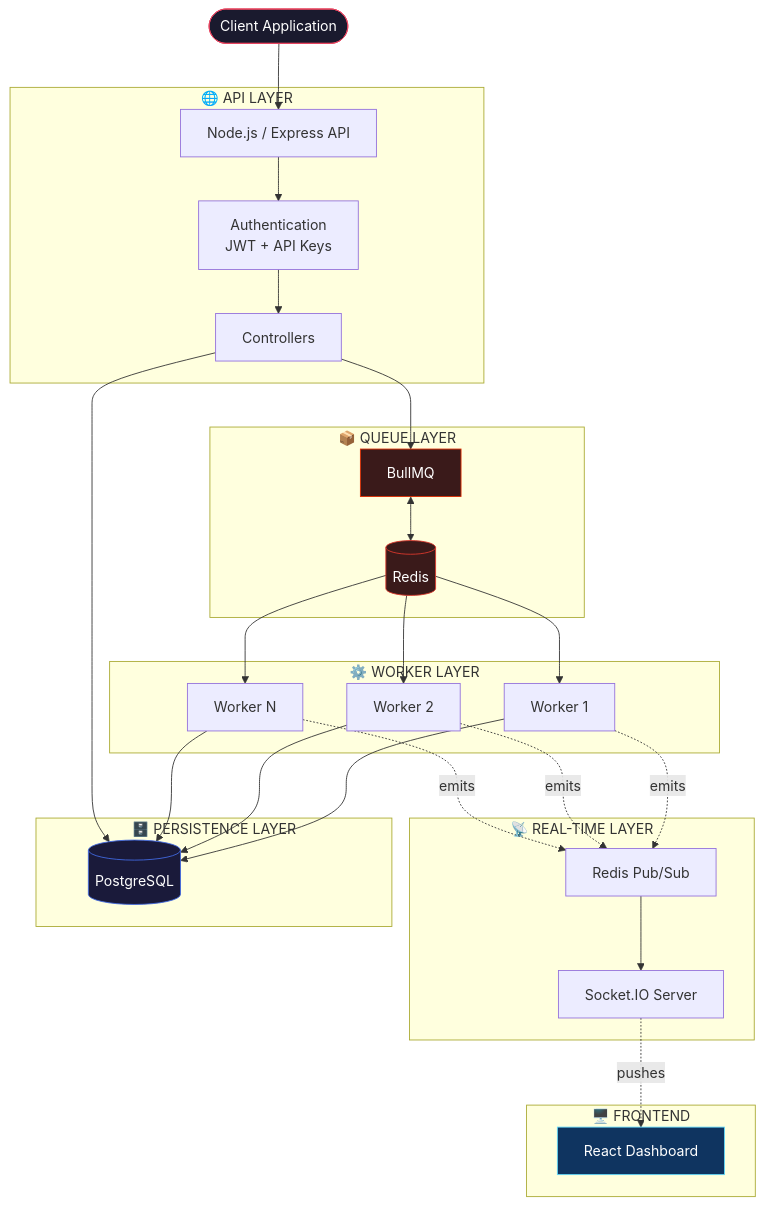
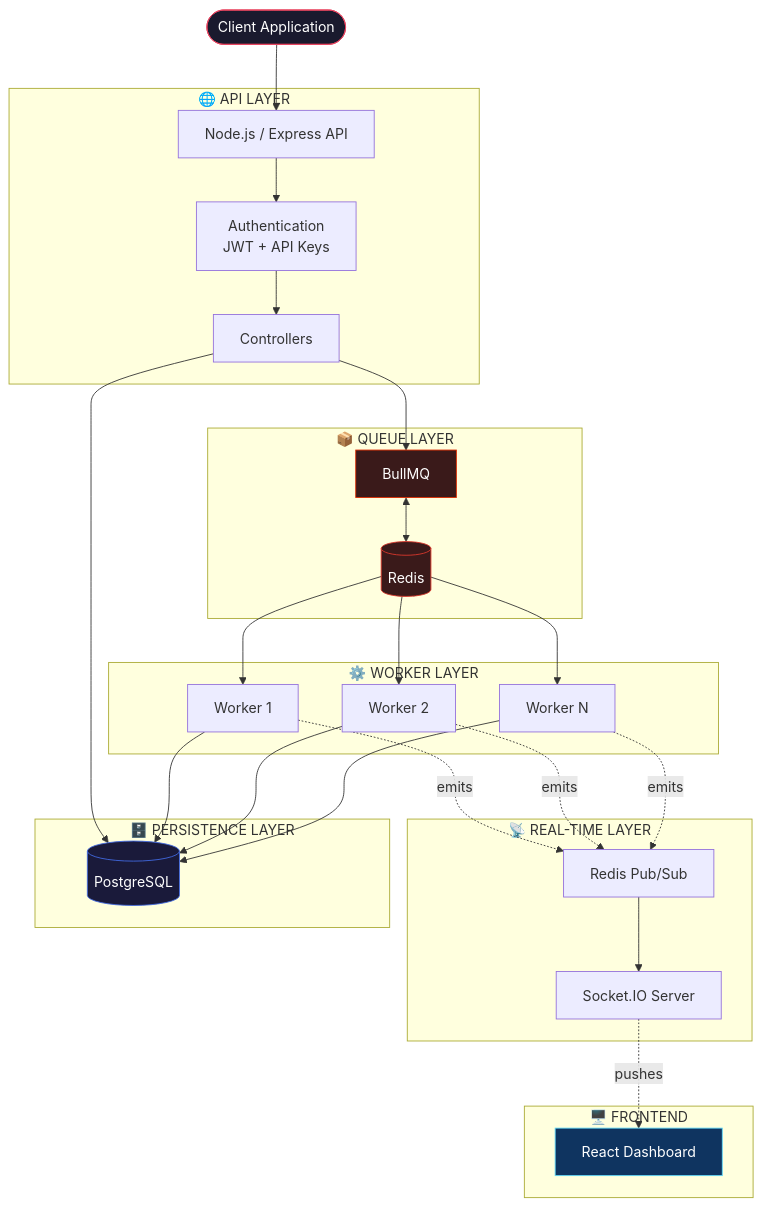
Before and after one commit to Ayushl22/Aetheris: the first of 2 diagrams in README.md, drawn with Mermaid.

Commit message:
Update worker layer diagram in README

````diff
--- a/README.md
+++ b/README.md
@@ -71,56 +71,56 @@
 ```mermaid
 flowchart TB
     subgraph Frontend["🖥️ FRONTEND"]
         Dashboard[React Dashboard]
     end
 
     subgraph RealTime["📡 REAL-TIME LAYER"]
         Socket[Socket.IO Server]
         PubSub[Redis Pub/Sub]
     end
 
     subgraph API["🌐 API LAYER"]
         Auth[Authentication<br/>JWT + API Keys]
         Controllers[Controllers]
         Express[Node.js / Express API]
     end
 
     subgraph Queue["📦 QUEUE LAYER"]
         BullMQ[BullMQ]
         Redis[(Redis)]
     end
 
     subgraph Workers["⚙️ WORKER LAYER"]
-        W1[Worker 1]
+        W1[Worker N]
         W2[Worker 2]
-        WN[Worker N]
+        WN[Worker 1]
     end
 
     subgraph Persistence["🗄️ PERSISTENCE LAYER"]
         Postgres[(PostgreSQL)]
     end
 
     Client([Client Application]) --> Express
     Express --> Auth
     Auth --> Controllers
     Controllers --> BullMQ
     BullMQ <--> Redis
     Redis --> W1
     Redis --> W2
     Redis --> WN
     W1 --> Postgres
     W2 --> Postgres
     WN --> Postgres
     W1 -.emits.-> PubSub
     W2 -.emits.-> PubSub
     WN -.emits.-> PubSub
     PubSub --> Socket
     Socket -.pushes.-> Dashboard
     Controllers --> Postgres
 
     style Client fill:#1a1a2e,stroke:#e94560,color:#fff
     style Dashboard fill:#0f3460,stroke:#61dafb,color:#fff
     style Redis fill:#3a1a1a,stroke:#dc382d,color:#fff
     style Postgres fill:#1a1a3a,stroke:#4169e1,color:#fff
     style BullMQ fill:#3a1a1a,stroke:#dd2c00,color:#fff
 ```
````
